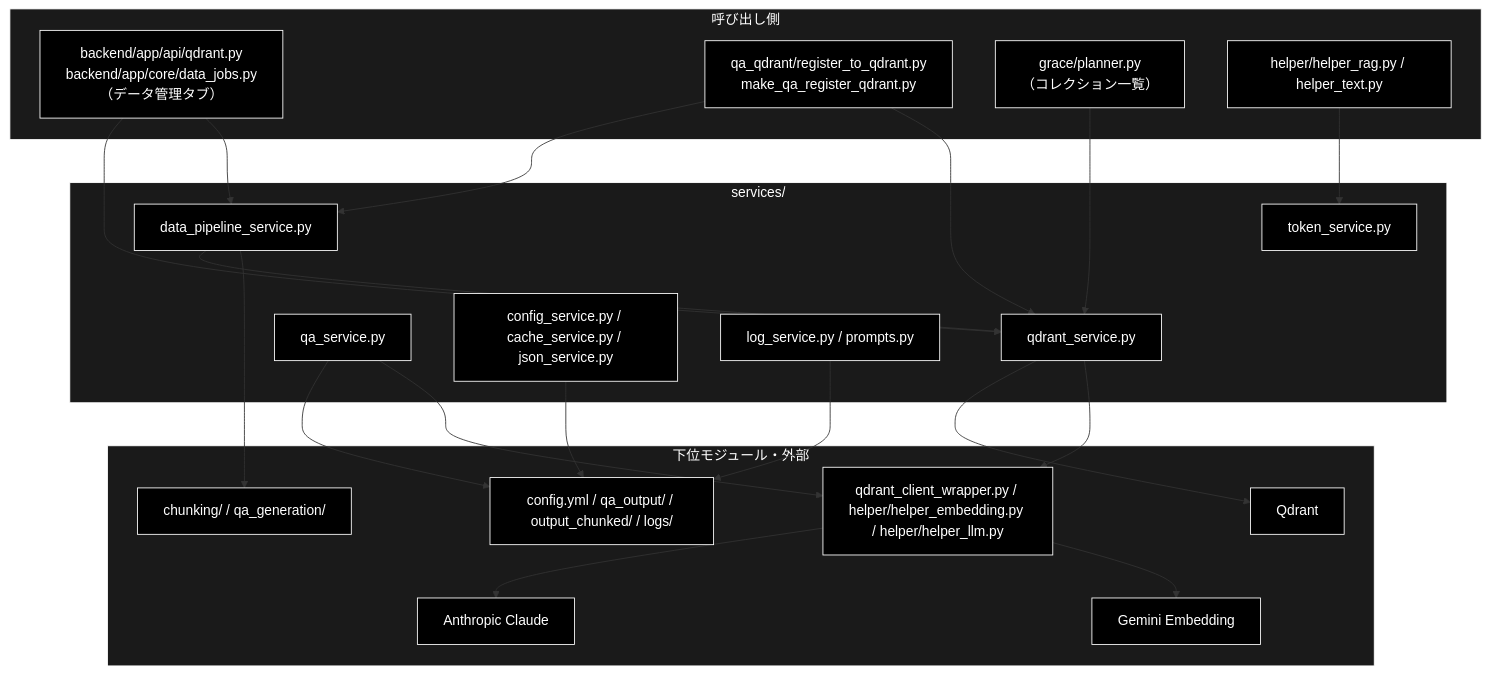
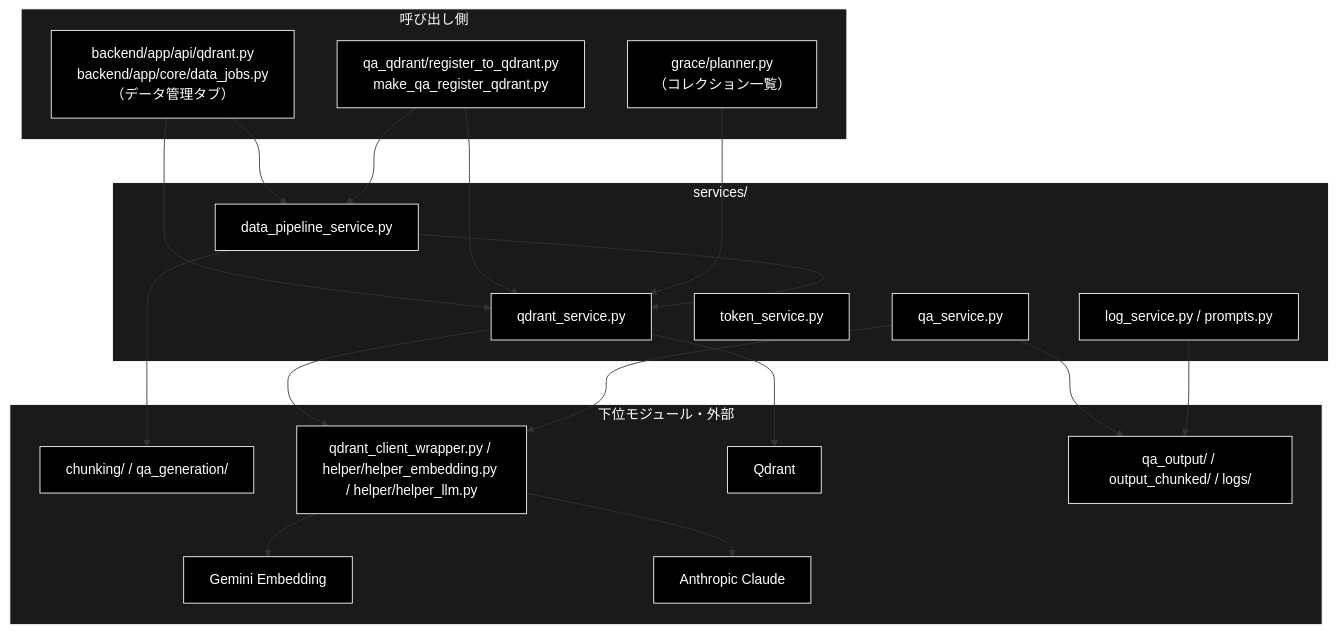
The diagram in services/docs/README_services.md (nakashima2toshio/grace_v2), drawn with Mermaid before and after one commit. The commit also changed other lines of this file and 36 other files, not shown here.

````diff
--- a/services/docs/README_services.md
+++ b/services/docs/README_services.md
@@ -63,47 +57,43 @@
 ```mermaid
 flowchart TB
     subgraph CALLER["呼び出し側"]
         API["backend/app/api/qdrant.py<br>backend/app/core/data_jobs.py<br>（データ管理タブ）"]
         CLI["qa_qdrant/register_to_qdrant.py<br>make_qa_register_qdrant.py"]
         GR["grace/planner.py<br>（コレクション一覧）"]
-        HLP["helper/helper_rag.py / helper_text.py"]
     end
     subgraph SVC["services/"]
         DPS["data_pipeline_service.py"]
         QDS["qdrant_service.py"]
         QAS["qa_service.py"]
         TOK["token_service.py"]
-        CFG["config_service.py / cache_service.py / json_service.py"]
         LOG["log_service.py / prompts.py"]
     end
     subgraph LOWER["下位モジュール・外部"]
         CHK["chunking/ / qa_generation/"]
         WRP["qdrant_client_wrapper.py / helper/helper_embedding.py / helper/helper_llm.py"]
         QD["Qdrant"]
         GEM["Gemini Embedding"]
         ANT["Anthropic Claude"]
-        FS["config.yml / qa_output/ / output_chunked/ / logs/"]
+        FS["qa_output/ / output_chunked/ / logs/"]
     end
     API --> DPS
     API --> QDS
     CLI --> QDS
     CLI --> DPS
     GR --> QDS
-    HLP --> TOK
     DPS --> CHK
     DPS --> QDS
     QDS --> WRP
     QDS --> QD
     WRP --> GEM
     QAS --> WRP
     WRP --> ANT
-    CFG --> FS
     QAS --> FS
     LOG --> FS
 classDef default fill:#000,stroke:#fff,color:#fff
 classDef subgraphStyle fill:#1a1a1a,stroke:#fff,color:#fff
-class API,CLI,GR,HLP,DPS,QDS,QAS,TOK,CFG,LOG,CHK,WRP,QD,GEM,ANT,FS default
+class API,CLI,GR,DPS,QDS,QAS,TOK,LOG,CHK,WRP,QD,GEM,ANT,FS default
 style CALLER fill:#1a1a1a,stroke:#fff,color:#fff
 style SVC fill:#1a1a1a,stroke:#fff,color:#fff
 style LOWER fill:#1a1a1a,stroke:#fff,color:#fff
 ```
````
